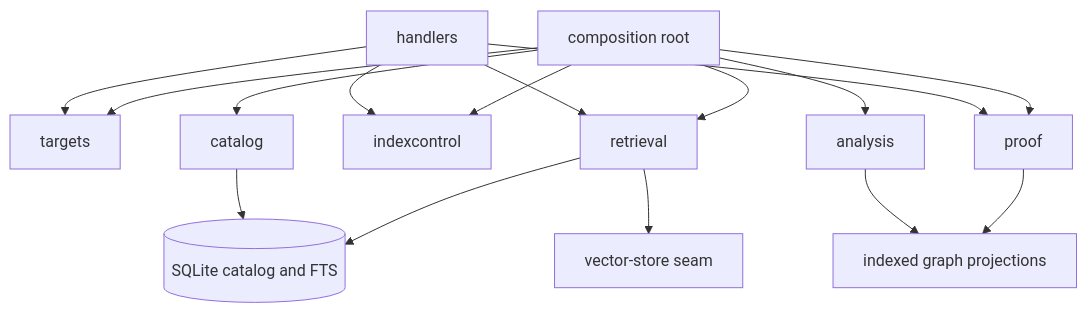
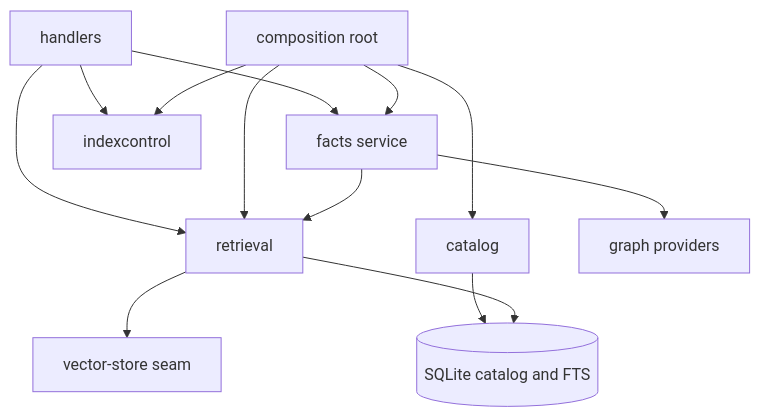
Before and after one commit to Vrooli/Vrooli: the diagram in scenarios/code-facts/docs/concepts/ARCHITECTURE.md, drawn with Mermaid. The commit also changed other lines of this file and 156 other files, not shown here.

````diff
--- a/scenarios/code-facts/docs/concepts/ARCHITECTURE.md
+++ b/scenarios/code-facts/docs/concepts/ARCHITECTURE.md
@@ -34,18 +33,15 @@
 ```mermaid
 flowchart TB
-    H[handlers] --> T[targets]
+    H[handlers] --> F[facts service]
     H --> R[retrieval]
     H --> IC[indexcontrol]
-    H --> P[proof]
-    C[composition root] --> T
+    C[composition root] --> F
     C --> CA[catalog]
-    C --> A[analysis]
     C --> R
     C --> IC
-    C --> P
     CA --> DB[(SQLite catalog and FTS)]
     R --> DB
     R --> VS[vector-store seam]
-    A --> GP[indexed graph projections]
-    P --> GP
+    F --> GP[graph providers]
+    F --> R
 ```
````
